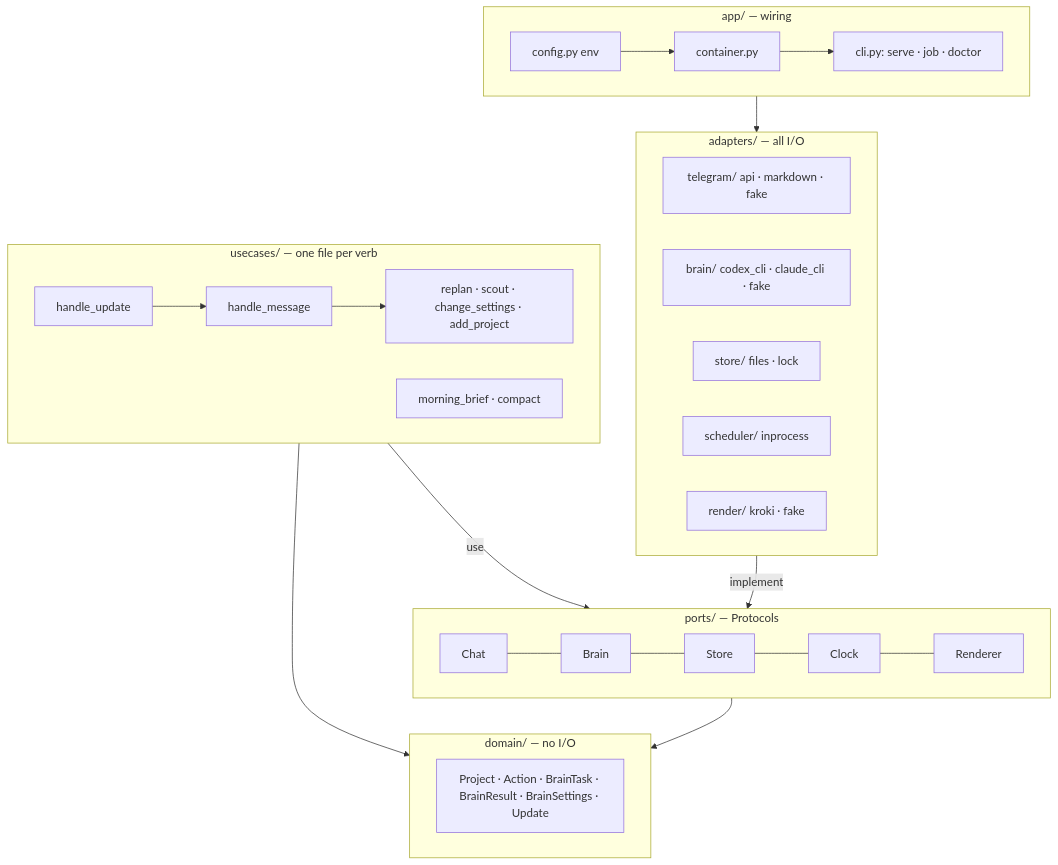
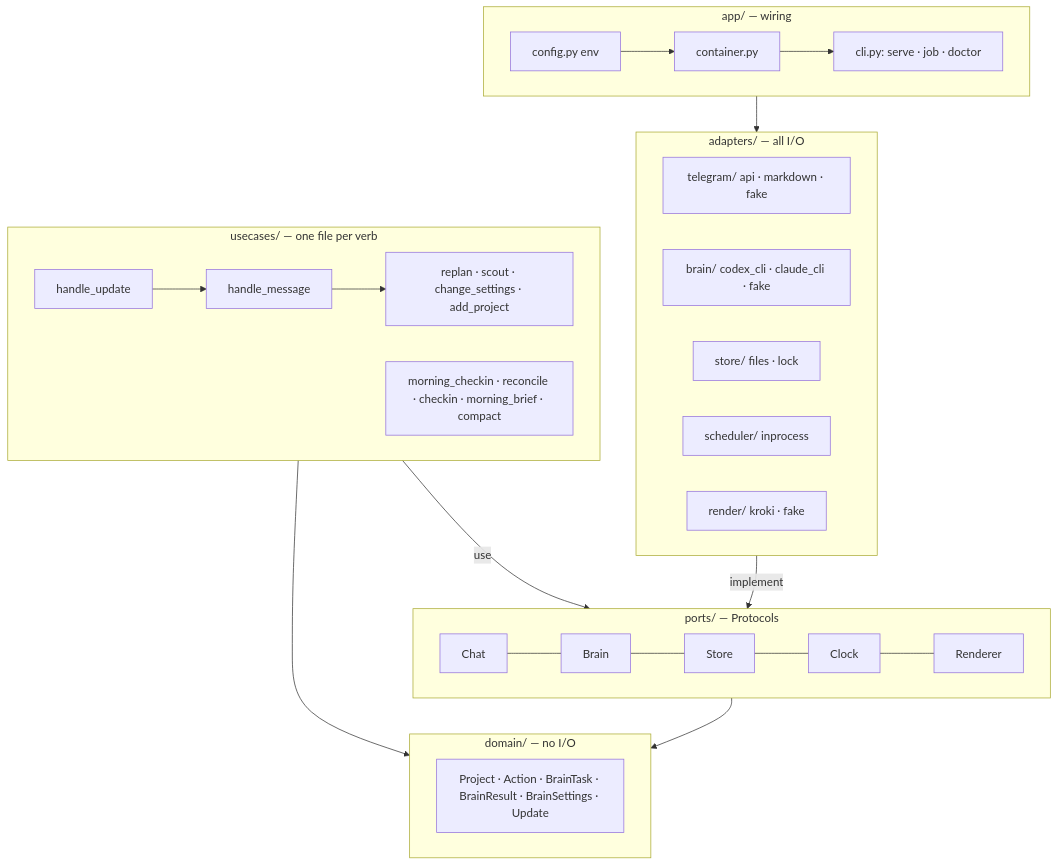
One commit to vovka/mentor-bot changed the third of 17 diagrams in docs/ARCHITECTURE.md. Above: the diagram before and after it, drawn with Mermaid. The commit also changed other lines of this file and 22 other files, not shown here.

First line of the commit message:
Morning check-in: buttons, deadline job, reconcile

````diff
--- a/docs/ARCHITECTURE.md
+++ b/docs/ARCHITECTURE.md
@@ -40,28 +40,28 @@
 ```mermaid
 flowchart TB
   subgraph app["app/ — wiring"]
     CFG[config.py env] --> CT[container.py] --> CLIa["cli.py: serve · job · doctor"]
   end
   subgraph adapters["adapters/ — all I/O"]
     TG[telegram/ api · markdown · fake]
     BR[brain/ codex_cli · claude_cli · fake]
     STO[store/ files · lock]
     SCH[scheduler/ inprocess]
     RND[render/ kroki · fake]
   end
   subgraph ports["ports/ — Protocols"]
     PC[Chat] --- PB[Brain] --- PS[Store] --- PK[Clock] --- PR[Renderer]
   end
   subgraph usecases["usecases/ — one file per verb"]
     U1[handle_update] --> U2[handle_message]
     U2 --> U4[replan · scout · change_settings · add_project]
-    U3[morning_brief · compact]
+    U3[morning_checkin · reconcile · checkin · morning_brief · compact]
   end
   subgraph domain["domain/ — no I/O"]
     D[Project · Action · BrainTask · BrainResult · BrainSettings · Update]
   end
   app --> adapters
   adapters -- implement --> ports
   usecases -- use --> ports
   usecases & ports --> domain
 ```
````
